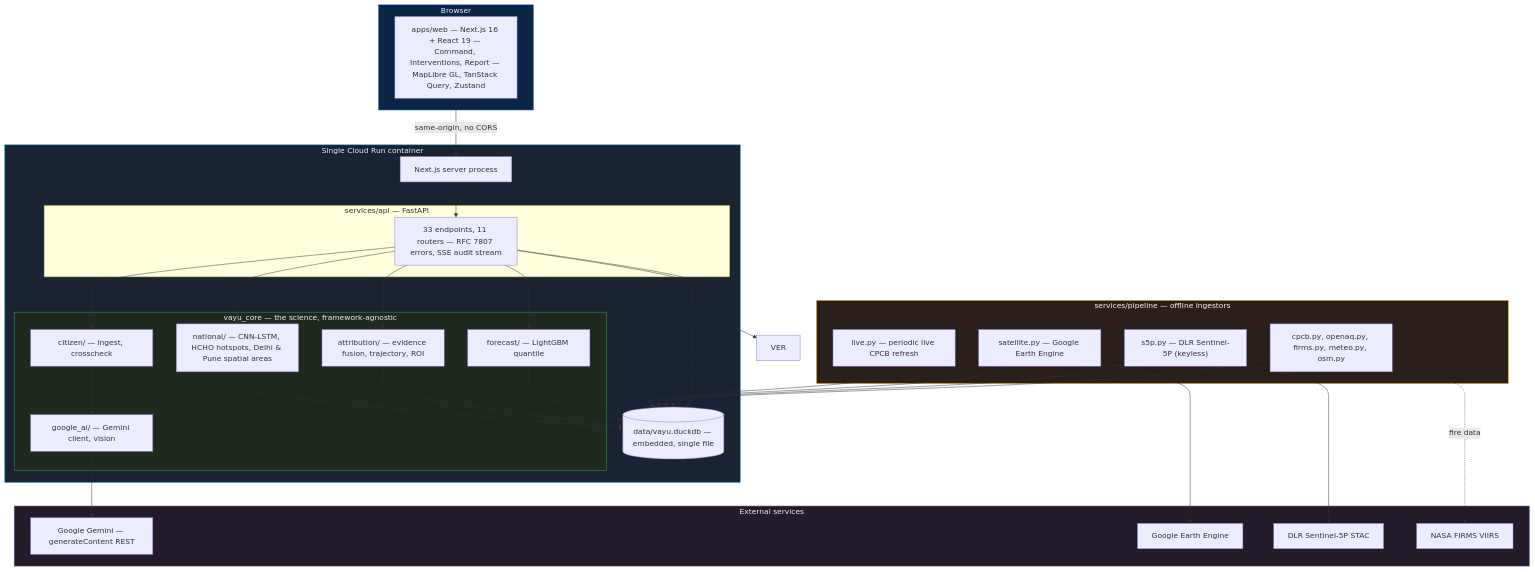
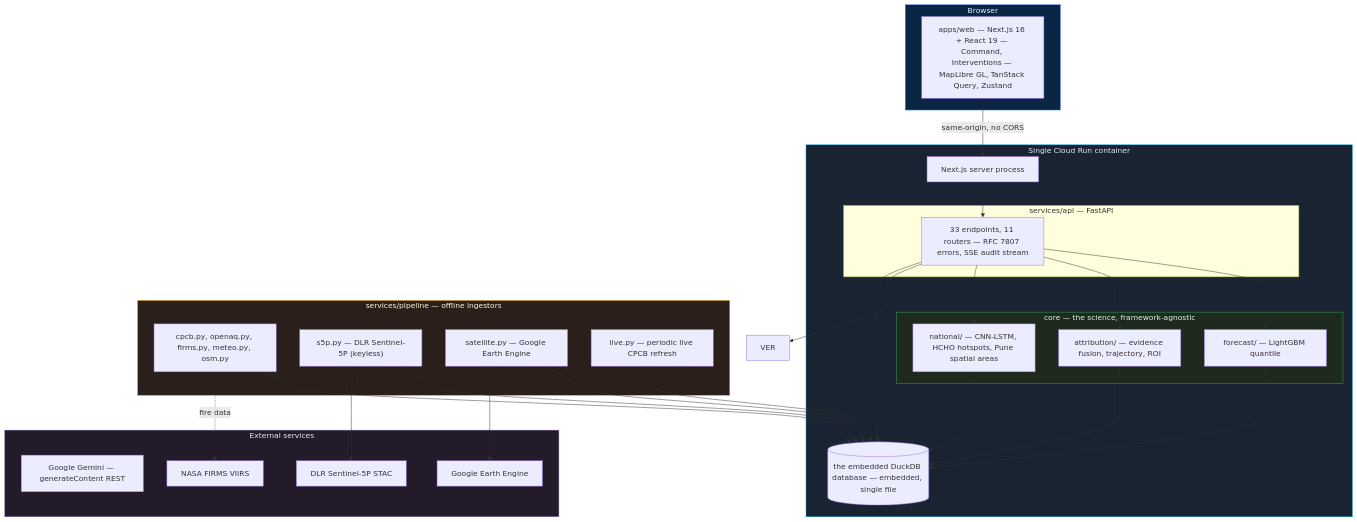
One commit to ashoka0402/final_year_project changed the second of 4 diagrams in README.md. Above: the diagram before and after it, drawn with Mermaid. The commit also changed other lines of this file, not shown here.

````diff
--- a/README.md
+++ b/README.md
@@ -166,51 +165,48 @@
 ```mermaid
 flowchart TB
     subgraph client["Browser"]
-        WEB["apps/web — Next.js 16 + React 19 — Command, Interventions, Report — MapLibre GL, TanStack Query, Zustand"]
+        WEB["apps/web — Next.js 16 + React 19 — Command, Interventions — MapLibre GL, TanStack Query, Zustand"]
     end
 
     subgraph container["Single Cloud Run container"]
         NEXTPROC["Next.js server process"]
         subgraph api["services/api — FastAPI"]
             ROUTERS["33 endpoints, 11 routers — RFC 7807 errors, SSE audit stream"]
         end
-        subgraph core["vayu_core — the science, framework-agnostic"]
+        subgraph core["core — the science, framework-agnostic"]
             FC["forecast/ — LightGBM quantile"]
             ATTR["attribution/ — evidence fusion, trajectory, ROI"]
-            NAT["national/ — CNN-LSTM, HCHO hotspots, Delhi & Pune spatial areas"]
-            CIT["citizen/ — ingest, crosscheck"]
-            GAI["google_ai/ — Gemini client, vision"]
+            NAT["national/ — CNN-LSTM, HCHO hotspots, Pune spatial areas"]
         end
-        DB[("data/vayu.duckdb — embedded, single file")]
+        DB[("the embedded DuckDB database — embedded, single file")]
     end
 
     subgraph pipe["services/pipeline — offline ingestors"]
         CPCB["cpcb.py, openaq.py, firms.py, meteo.py, osm.py"]
         S5P["s5p.py — DLR Sentinel-5P (keyless)"]
         SAT["satellite.py — Google Earth Engine"]
         LIVE["live.py — periodic live CPCB refresh"]
     end
 
     subgraph ext["External services"]
         GEMINI["Google Gemini — generateContent REST"]
         GEEEXT["Google Earth Engine"]
         DLR["DLR Sentinel-5P STAC"]
         FIRMSX["NASA FIRMS VIIRS"]
     end
 
     WEB -->|"same-origin, no CORS"| NEXTPROC --> ROUTERS
-    ROUTERS --> FC & ATTR & NAT & CIT & VER
-    CIT --> GAI --> GEMINI
+    ROUTERS --> FC & ATTR & NAT & VER
     FC & ATTR & NAT --> DB
     ROUTERS --> DB
     CPCB & S5P & SAT & LIVE --> DB
     SAT --> GEEEXT
     S5P --> DLR
     CPCB -.fire data.-> FIRMSX
 
     style client fill:#0b2545,stroke:#4285F4,color:#e8f0fe
     style container fill:#1a2332,stroke:#0ea5e9,color:#e0f2fe
     style core fill:#1f2a1f,stroke:#34A853,color:#e6f4ea
     style pipe fill:#2a1f1a,stroke:#F9AB00,color:#fef7e0
     style ext fill:#231a2a,stroke:#8E75B2,color:#f3e8ff
 ```
````
